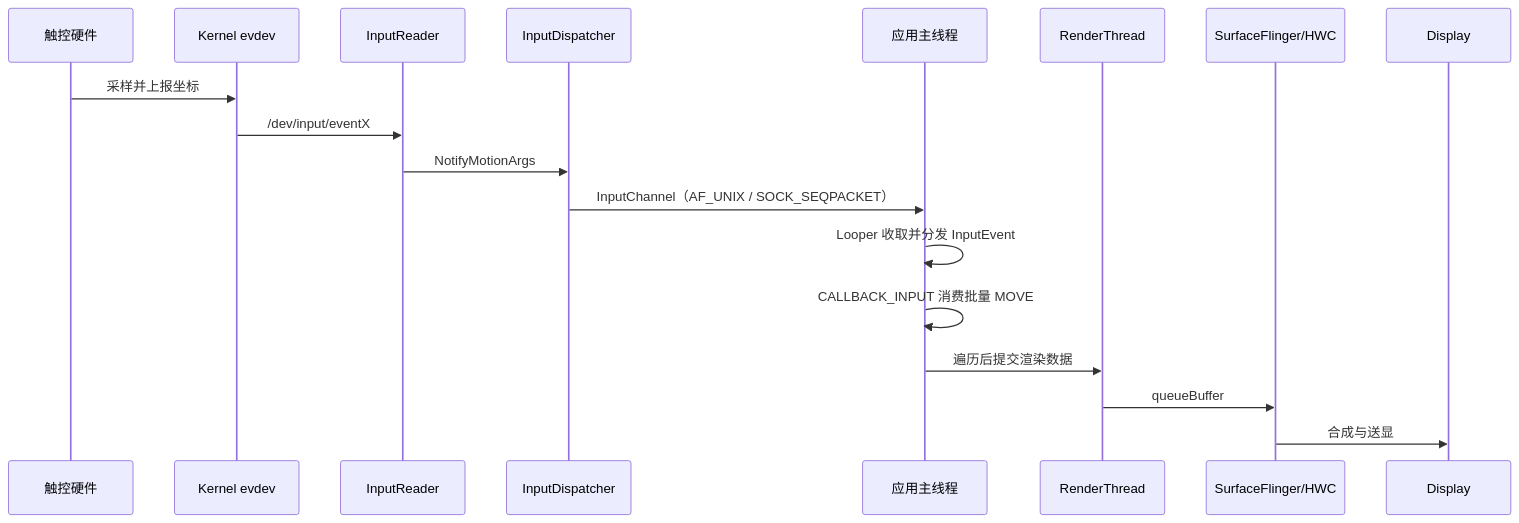
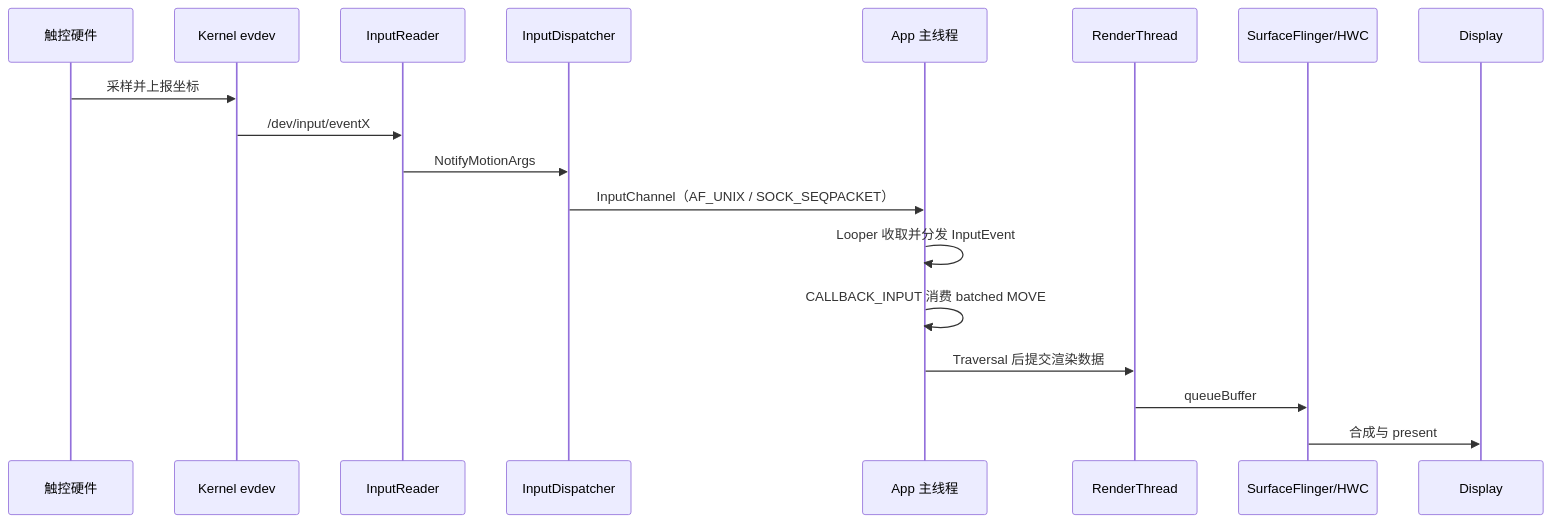
The first of 2 diagrams in src/part1-fundamentals/ch03-input/04-input-latency-prediction.md (Gracker/android-internals-wiki), drawn with Mermaid before and after one commit. The commit also changed other lines of this file and 4 other files, not shown here.

````diff
--- a/src/part1-fundamentals/ch03-input/04-input-latency-prediction.md
+++ b/src/part1-fundamentals/ch03-input/04-input-latency-prediction.md
@@ -93,21 +93,21 @@
 ```mermaid
 sequenceDiagram
     participant Touch as 触控硬件
     participant Kernel as Kernel evdev
     participant Reader as InputReader
     participant Dispatcher as InputDispatcher
-    participant App as 应用主线程
+    participant App as App 主线程
     participant RT as RenderThread
     participant SF as SurfaceFlinger/HWC
     participant Display as Display
 
     Touch->>Kernel: 采样并上报坐标
     Kernel->>Reader: /dev/input/eventX
     Reader->>Dispatcher: NotifyMotionArgs
     Dispatcher->>App: InputChannel（AF_UNIX / SOCK_SEQPACKET）
     App->>App: Looper 收取并分发 InputEvent
-    App->>App: CALLBACK_INPUT 消费批量 MOVE
-    App->>RT: 遍历后提交渲染数据
+    App->>App: CALLBACK_INPUT 消费 batched MOVE
+    App->>RT: Traversal 后提交渲染数据
     RT->>SF: queueBuffer
-    SF->>Display: 合成与送显
+    SF->>Display: 合成与 present
 ```
````
